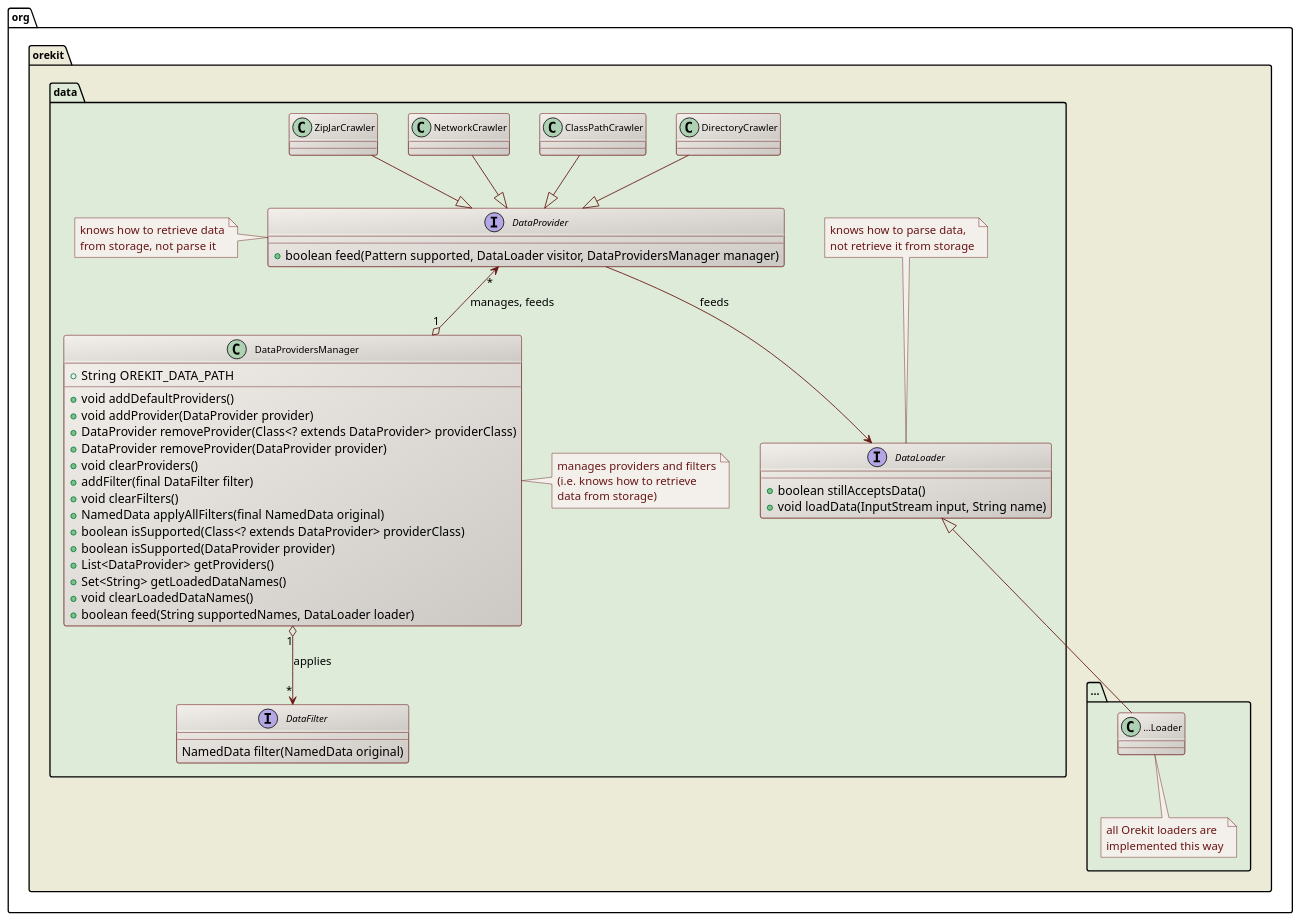
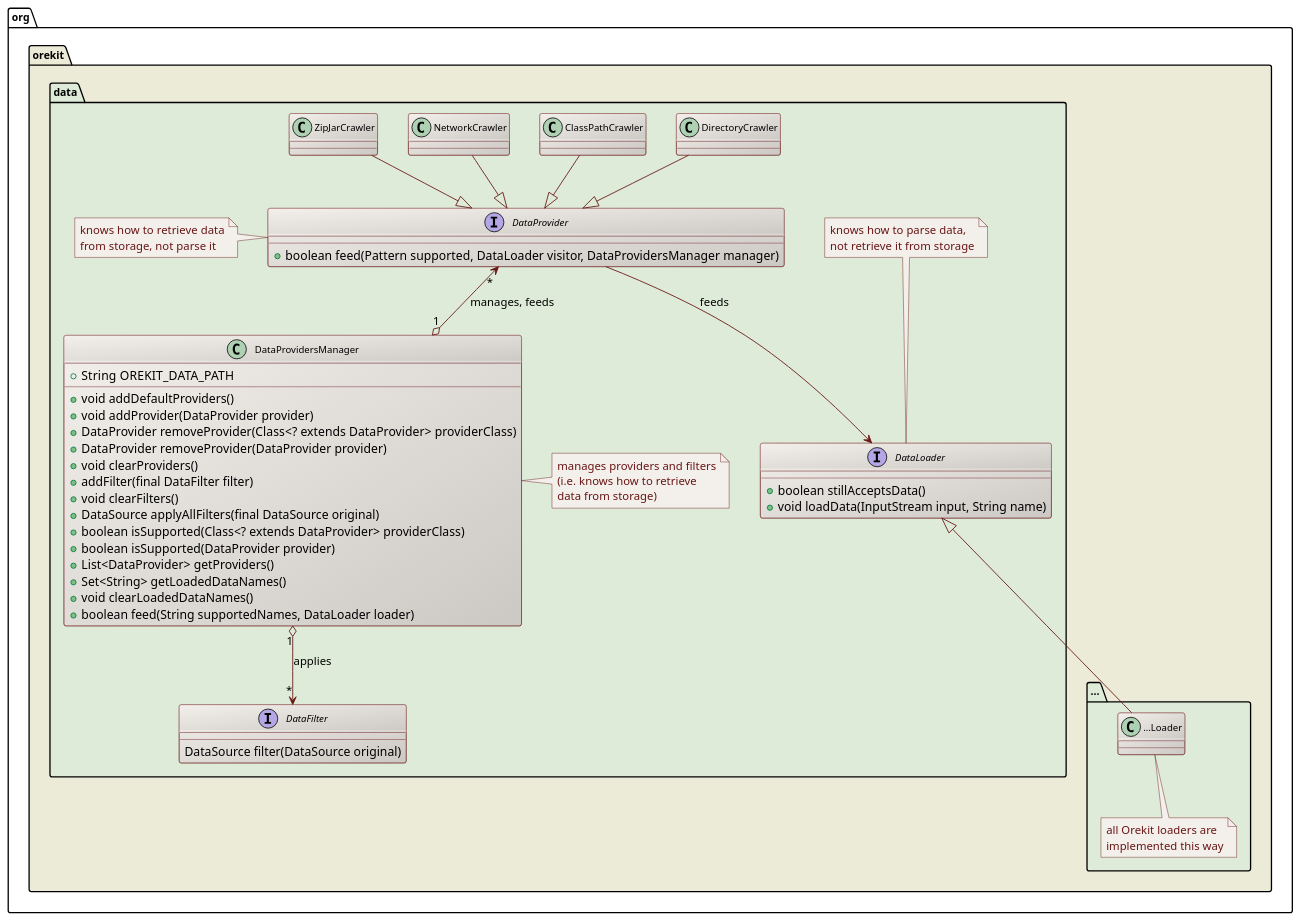
The diagram in src/design/data-loaders-data-providers-class-diagram.puml (CS-SI/Orekit), drawn with PlantUML before and after one commit. The commit also changed 30 other files, not shown here.

```diff
--- a/src/design/data-loaders-data-providers-class-diagram.puml
+++ b/src/design/data-loaders-data-providers-class-diagram.puml
@@ -17,82 +17,82 @@
 @startuml
 
   skinparam svek                  true
   skinparam ClassBackgroundColor  #F3EFEB/CCC9C5
   skinparam ClassArrowColor       #691616
   skinparam ClassBorderColor      #691616
   skinparam NoteBackgroundColor   #F3EFEB
   skinparam NoteBorderColor       #691616
   skinparam NoteFontColor         #691616
   skinparam ClassFontSize         11
   skinparam PackageFontSize       12
 
   package org.orekit #ECEBD8 {
 
     package data #DDEBD8 {
 
       interface DataProvider {
         +boolean feed(Pattern supported, DataLoader visitor, DataProvidersManager manager)
       }
       note left
         knows how to retrieve data
         from storage, not parse it
       end note
 
       class DataProvidersManager {
         +String OREKIT_DATA_PATH
         +void addDefaultProviders()
         +void addProvider(DataProvider provider)
         +DataProvider removeProvider(Class<? extends DataProvider> providerClass)
         +DataProvider removeProvider(DataProvider provider)
         +void clearProviders()
         +addFilter(final DataFilter filter)
         +void clearFilters()
-        +NamedData applyAllFilters(final NamedData original)
+        +DataSource applyAllFilters(final DataSource original)
         +boolean isSupported(Class<? extends DataProvider> providerClass)
         +boolean isSupported(DataProvider provider)
         +List<DataProvider> getProviders()
         +Set<String> getLoadedDataNames()
         +void clearLoadedDataNames()
         +boolean feed(String supportedNames, DataLoader loader)
       }
       note right
         manages providers and filters
         (i.e. knows how to retrieve
         data from storage)
       end note
 
       interface DataLoader {
         +boolean stillAcceptsData()
         +void loadData(InputStream input, String name)
       }
       note top
         knows how to parse data,
         not retrieve it from storage
       end note
 
       interface DataFilter {
-         NamedData filter(NamedData original)
+         DataSource filter(DataSource original)
       }
 
       DataProvider "*" <--o "1" DataProvidersManager : manages, feeds
       DataProvidersManager "1" o--> "*" DataFilter: applies
       DirectoryCrawler --|> DataProvider
       ClassPathCrawler --|> DataProvider
       NetworkCrawler   --|> DataProvider
       ZipJarCrawler    --|> DataProvider
       DataProvider --> DataLoader : feeds
 
     }
 
     package "..." as dummy #DDEBD8 {
       class "...Loader" as DummyLoader
       note bottom
         all Orekit loaders are
         implemented this way
       end note
       DataLoader <|-- DummyLoader
     }
 
   }
 
 @enduml
```
